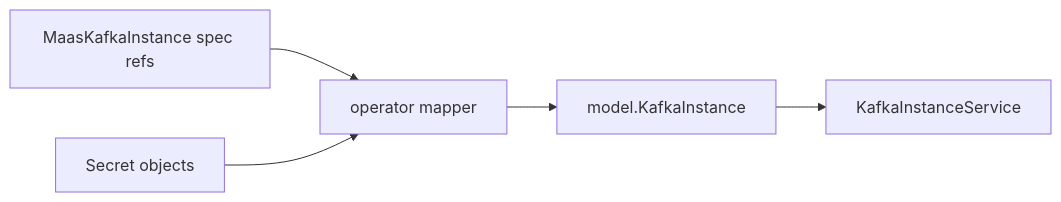
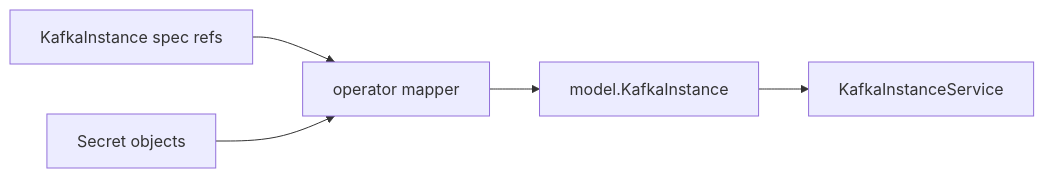
Before and after one commit to Netcracker/qubership-maas: the second of 16 diagrams in docs/operator_design.md, drawn with Mermaid. The commit also changed other lines of this file and 3 other files, not shown here.

````diff
--- a/docs/operator_design.md
+++ b/docs/operator_design.md
@@ -810,12 +808,12 @@
 ```mermaid
 flowchart LR
-  cr[MaasKafkaInstance spec refs]
+  cr[KafkaInstance spec refs]
   secrets[Secret objects]
   mapper[operator mapper]
   model[model.KafkaInstance]
   svc[KafkaInstanceService]
   cr --> mapper
   secrets --> mapper
   mapper --> model
   model --> svc
 ```
````
